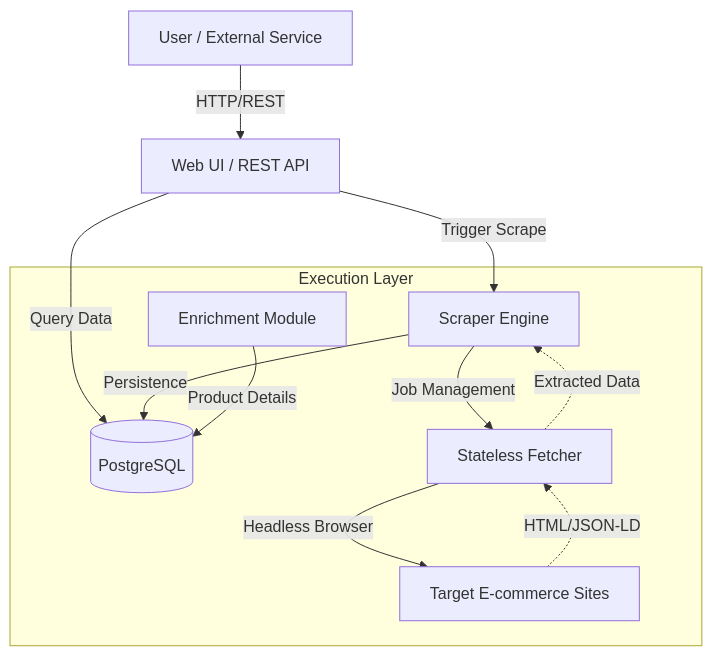
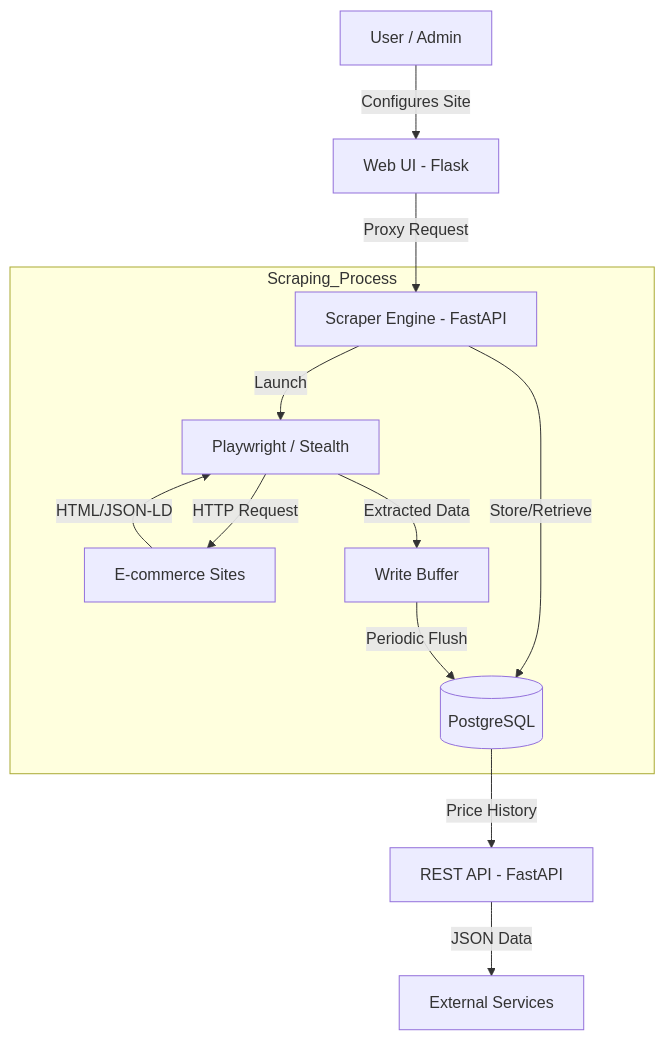
Before and after one commit to Avkroken/Produkter: the first of 2 diagrams in .cubic/wiki/02-section-architecture/01-arch-overview.md, drawn with Mermaid. The commit also changed other lines of this file and 46 other files, not shown here.

````diff
--- a/.cubic/wiki/02-section-architecture/01-arch-overview.md
+++ b/.cubic/wiki/02-section-architecture/01-arch-overview.md
@@ -45,16 +55,17 @@
 ```mermaid
-graph TD
-    User[User / External Service] -->|HTTP/REST| WebUI[Web UI / REST API]
-    WebUI -->|Trigger Scrape| Engine[Scraper Engine]
-    WebUI -->|Query Data| DB[(PostgreSQL)]
+flowchart TD
+    User[User / Admin] -->|Configures Site| UI[Web UI - Flask]
+    UI -->|Proxy Request| Engine[Scraper Engine - FastAPI]
+    Engine -->|Store/Retrieve| DB[(PostgreSQL)]
     
-    subgraph "Execution Layer"
-        Engine -->|Job Management| Fetcher[Stateless Fetcher]
-        Engine -->|Persistence| DB
-        Fetcher -->|Headless Browser| Target[Target E-commerce Sites]
-        Enrich[Enrichment Module] -->|Product Details| DB
+    subgraph Scraping_Process
+        Engine -->|Launch| PW[Playwright / Stealth]
+        PW -->|HTTP Request| Target[E-commerce Sites]
+        Target -->|HTML/JSON-LD| PW
+        PW -->|Extracted Data| Buffer[Write Buffer]
+        Buffer -->|Periodic Flush| DB
     end
     
-    Target -.->|HTML/JSON-LD| Fetcher
-    Fetcher -.->|Extracted Data| Engine
+    DB -->|Price History| API[REST API - FastAPI]
+    API -->|JSON Data| External[External Services]
 ```
````
